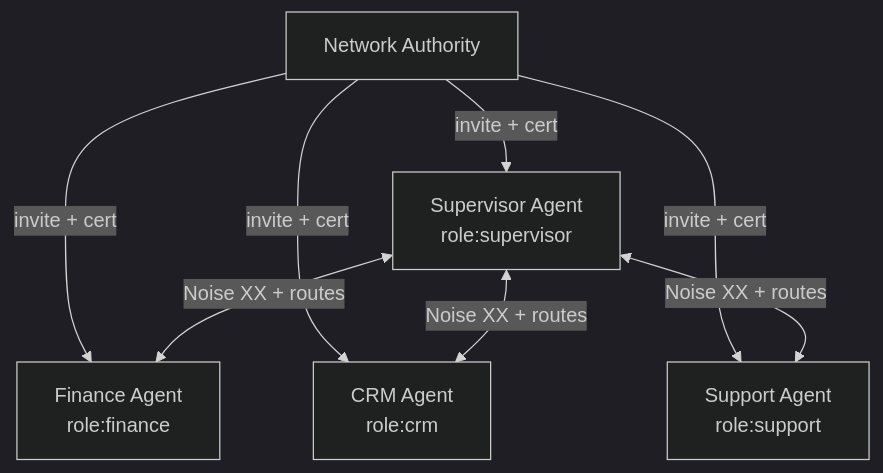
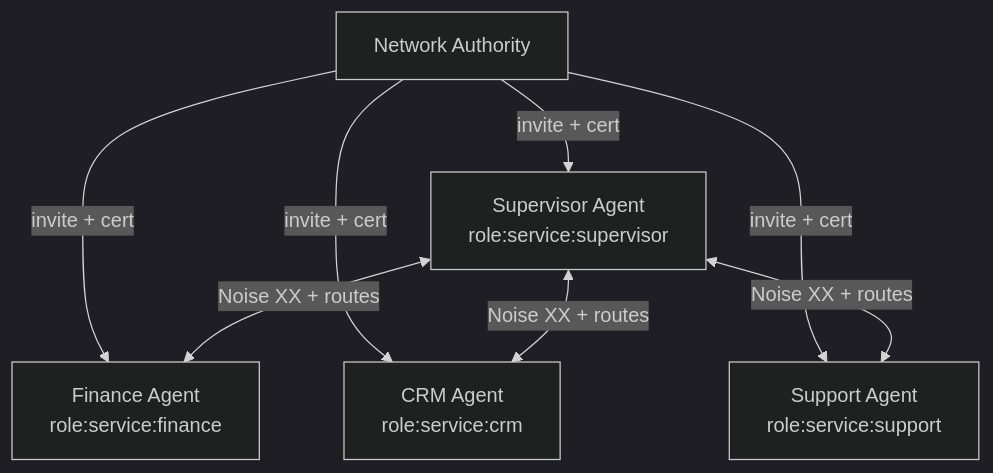
One commit to GenesisMeshLabs/genesismesh changed the diagram in docs/examples/ai-agent-network.md. Above: the diagram before and after it, drawn with Mermaid (dark theme). The commit also changed other lines of this file and 119 other files, not shown here.

````diff
--- a/docs/examples/ai-agent-network.md
+++ b/docs/examples/ai-agent-network.md
@@ -6,17 +6,17 @@
 ```{mermaid}
 flowchart TB
     na["Network Authority"]
-    supervisor["Supervisor Agent<br/>role:supervisor"]
-    finance["Finance Agent<br/>role:finance"]
-    crm["CRM Agent<br/>role:crm"]
-    support["Support Agent<br/>role:support"]
+    supervisor["Supervisor Agent<br/>role:service:supervisor"]
+    finance["Finance Agent<br/>role:service:finance"]
+    crm["CRM Agent<br/>role:service:crm"]
+    support["Support Agent<br/>role:service:support"]
 
     na -->|invite + cert| supervisor
     na -->|invite + cert| finance
     na -->|invite + cert| crm
     na -->|invite + cert| support
 
     supervisor <-->|Noise XX + routes| finance
     supervisor <-->|Noise XX + routes| crm
     supervisor <-->|Noise XX + routes| support
 ```
````
